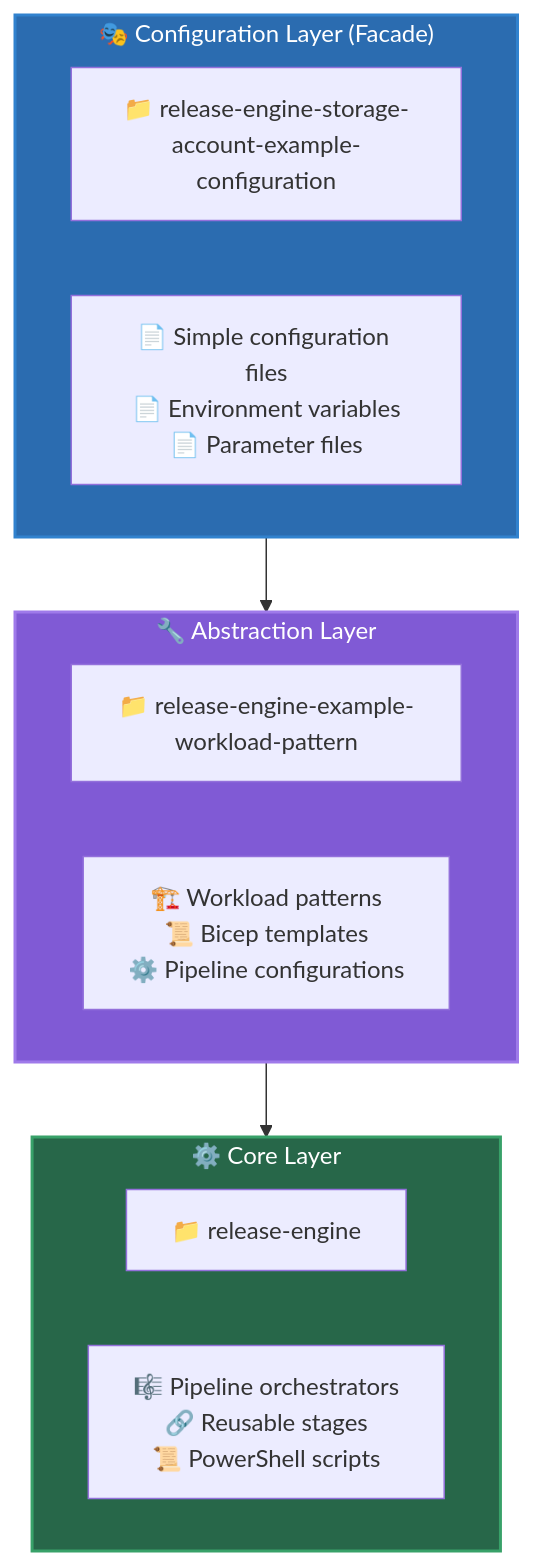
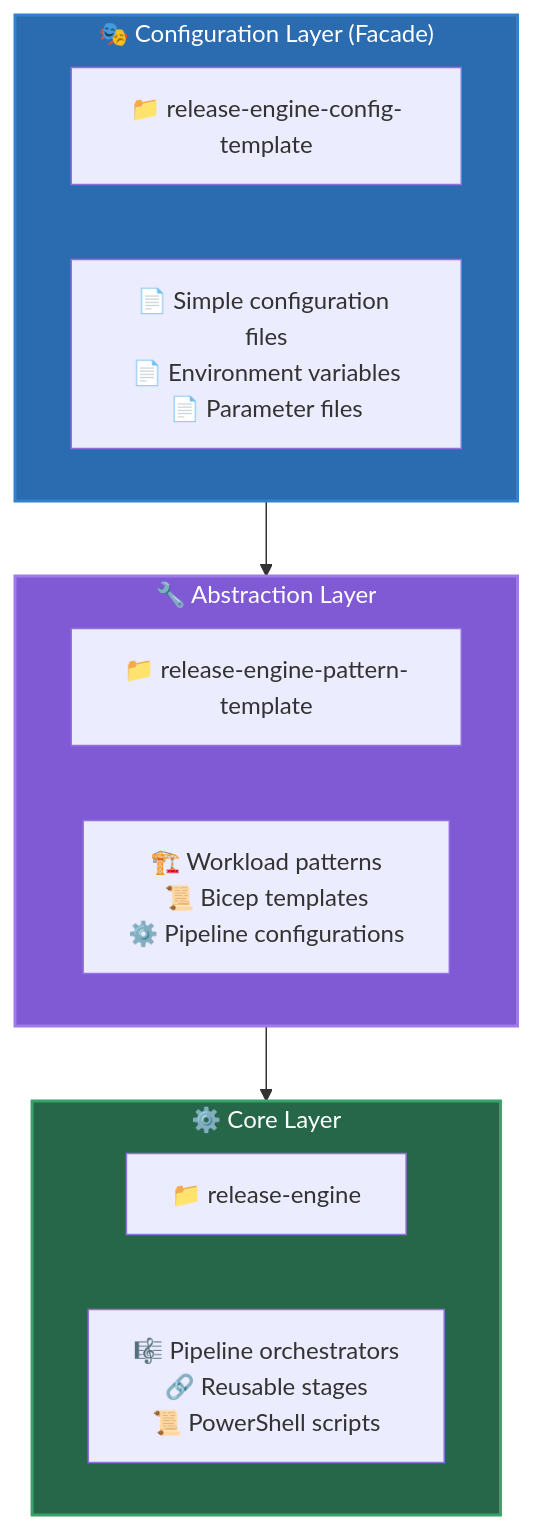
One commit to thecloudexplorers/release-engine changed the second of 5 diagrams in docs/Release-Engine-Architecture-Design.md. Above: the diagram before and after it, drawn with Mermaid. The commit also changed other lines of this file and 6 other files, not shown here.

````diff
--- a/docs/Release-Engine-Architecture-Design.md
+++ b/docs/Release-Engine-Architecture-Design.md
@@ -185,24 +185,24 @@
 ```mermaid
 graph TD
     subgraph Config["🎭 Configuration Layer (Facade)"]
-        ConfigRepo["📁 release-engine-storage-account-example-configuration"]
+        ConfigRepo["📁 release-engine-config-template"]
         ConfigFiles["📄 Simple configuration files<br/>📄 Environment variables<br/>📄 Parameter files"]
     end
     
     subgraph Abstract["🔧 Abstraction Layer"]
-        PatternRepo["📁 release-engine-example-workload-pattern"]
+        PatternRepo["📁 release-engine-pattern-template"]
         Patterns["🏗️ Workload patterns<br/>📜 Bicep templates<br/>⚙️ Pipeline configurations"]
     end
     
     subgraph Core["⚙️ Core Layer"]
         CoreRepo["📁 release-engine"]
         Components["🎼 Pipeline orchestrators<br/>🔗 Reusable stages<br/>📜 PowerShell scripts"]
     end
     
     Config --> Abstract
     Abstract --> Core
     
     style Config fill:#2b6cb0,stroke:#3182ce,stroke-width:2px,color:#ffffff
     style Abstract fill:#805ad5,stroke:#9f7aea,stroke-width:2px,color:#ffffff
     style Core fill:#276749,stroke:#38a169,stroke-width:2px,color:#ffffff
 ```
````
